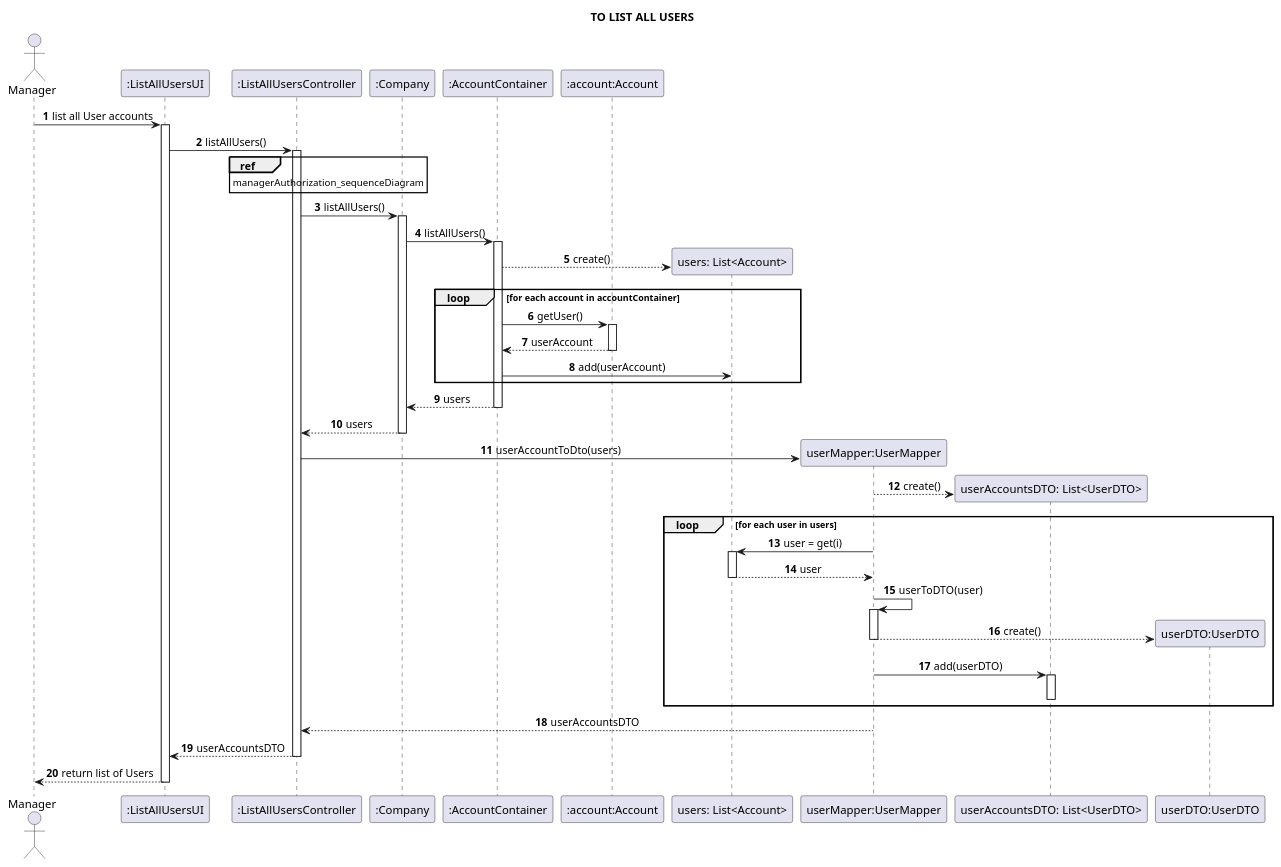
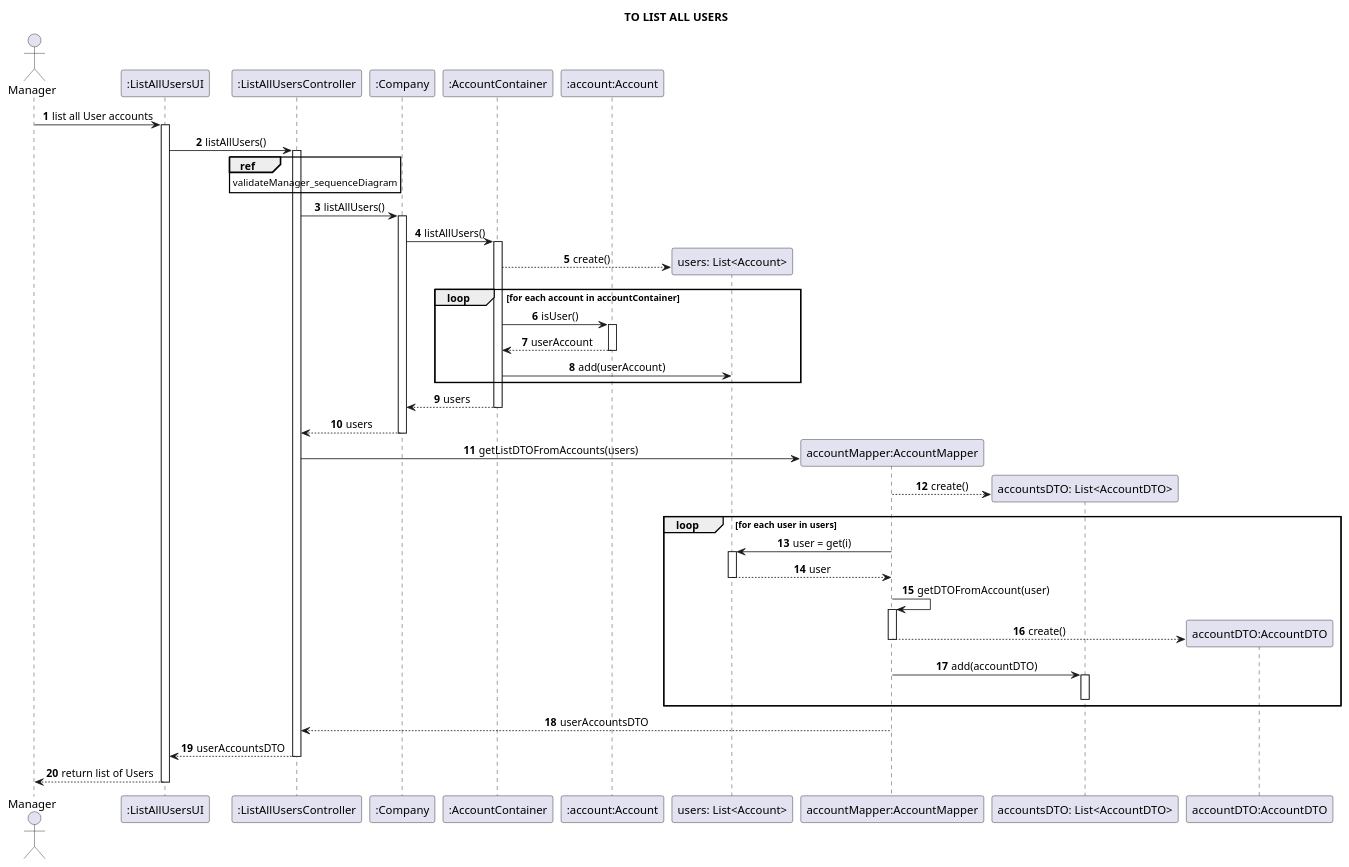
One commit to Loracline/project_switch_22-23 changed the diagram in docs/modelling_design/user_stories/reference_diagrams/listAllUsers_sequenceDiagram.puml. Above: the diagram before and after it, drawn with PlantUML. The commit also changed 6 other files, not shown here.

Commit message:
US011-US013: Development: Overrode hashcode method in AccountInProject and added respective tests; refined code (AccountInProject and test, AccountInProjectMapper and test, AccountMapper); Design: Refined listAllUsers_sequenceDiagram

```diff
--- a/docs/modelling_design/user_stories/reference_diagrams/listAllUsers_sequenceDiagram.puml
+++ b/docs/modelling_design/user_stories/reference_diagrams/listAllUsers_sequenceDiagram.puml
@@ -1,63 +1,63 @@
 @startuml
 
 skinparam sequenceMessageAlign center
 title TO LIST ALL USERS
 autonumber
 
 actor Manager
 participant ":ListAllUsersUI" as ui
 participant ":ListAllUsersController" as controller
 participant ":Company" as company
 participant ":AccountContainer" as container
 participant ":account:Account" as acc
 participant "users: List<Account>" as list
-participant "userMapper:UserMapper" as mapper
-participant "userAccountsDTO: List<UserDTO>" as dtolist
-participant "userDTO:UserDTO" as dto
+participant "accountMapper:AccountMapper" as mapper
+participant "accountsDTO: List<AccountDTO>" as dtolist
+participant "accountDTO:AccountDTO" as dto
 
 Manager -> ui: list all User accounts
 activate ui
 ui -> controller: listAllUsers()
 activate controller
-ref over controller: managerAuthorization_sequenceDiagram
+ref over controller: validateManager_sequenceDiagram
 controller -> company: listAllUsers()
 activate company
 company -> container: listAllUsers()
 activate container
 create list
 container --> list: create()
 loop for each account in accountContainer
-container -> acc : getUser()
+container -> acc : isUser()
 activate acc
 acc --> container: userAccount
 deactivate acc
 container -> list: add(userAccount)
 end loop
 container --> company: users
 deactivate container
 company --> controller: users
 deactivate company
 create mapper
-controller -> mapper: userAccountToDto(users)
+controller -> mapper: getListDTOFromAccounts(users)
 create dtolist
 mapper --> dtolist: create()
 loop for each user in users
 mapper -> list: user = get(i)
 activate list
 list --> mapper: user
 deactivate list
-mapper -> mapper: userToDTO(user)
+mapper -> mapper: getDTOFromAccount(user)
 activate mapper
 create dto
 mapper --> dto: create()
 deactivate mapper
-mapper -> dtolist: add(userDTO)
+mapper -> dtolist: add(accountDTO)
 activate dtolist
 deactivate dtolist
 end loop
 mapper --> controller: userAccountsDTO
 controller --> ui: userAccountsDTO
 deactivate controller
 ui --> Manager: return list of Users
 deactivate ui
 @enduml
```
